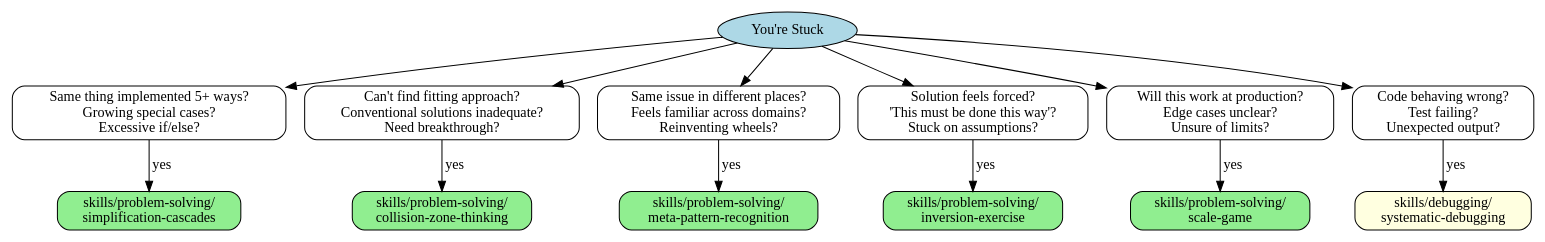
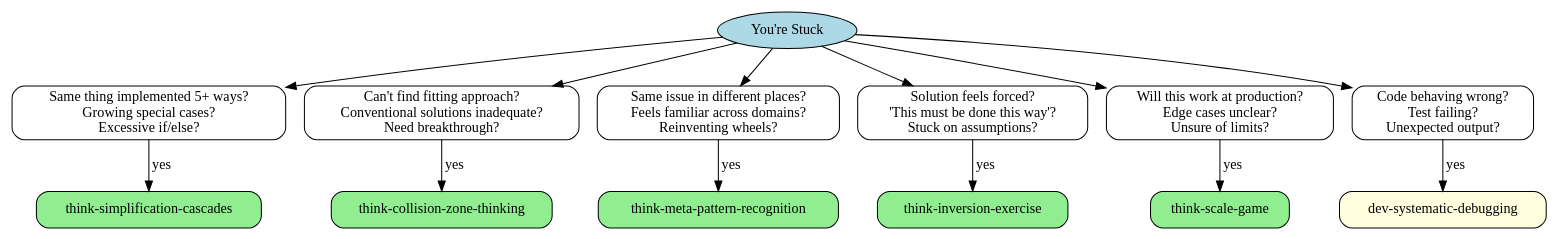
Before and after one commit to tkoenderink-prog/claude-code-dev-harness: the diagram in .claude/skills/think-when-stuck/SKILL.md, drawn with Graphviz. The commit also changed other lines of this file and 53 other files, not shown here.

````diff
--- a/.claude/skills/think-when-stuck/SKILL.md
+++ b/.claude/skills/think-when-stuck/SKILL.md
@@ -18,36 +18,36 @@
 ```dot
 digraph stuck_dispatch {
     rankdir=TB;
     node [shape=box, style=rounded];
 
     stuck [label="You're Stuck", shape=ellipse, style=filled, fillcolor=lightblue];
 
     complexity [label="Same thing implemented 5+ ways?\nGrowing special cases?\nExcessive if/else?"];
     innovation [label="Can't find fitting approach?\nConventional solutions inadequate?\nNeed breakthrough?"];
     patterns [label="Same issue in different places?\nFeels familiar across domains?\nReinventing wheels?"];
     assumptions [label="Solution feels forced?\n'This must be done this way'?\nStuck on assumptions?"];
     scale [label="Will this work at production?\nEdge cases unclear?\nUnsure of limits?"];
     bugs [label="Code behaving wrong?\nTest failing?\nUnexpected output?"];
 
     stuck -> complexity;
     stuck -> innovation;
     stuck -> patterns;
     stuck -> assumptions;
     stuck -> scale;
     stuck -> bugs;
 
     complexity -> simp [label="yes"];
     innovation -> collision [label="yes"];
     patterns -> meta [label="yes"];
     assumptions -> invert [label="yes"];
     scale -> scale_skill [label="yes"];
     bugs -> debug [label="yes"];
 
-    simp [label="skills/problem-solving/\nsimplification-cascades", shape=box, style="rounded,filled", fillcolor=lightgreen];
-    collision [label="skills/problem-solving/\ncollision-zone-thinking", shape=box, style="rounded,filled", fillcolor=lightgreen];
-    meta [label="skills/problem-solving/\nmeta-pattern-recognition", shape=box, style="rounded,filled", fillcolor=lightgreen];
-    invert [label="skills/problem-solving/\ninversion-exercise", shape=box, style="rounded,filled", fillcolor=lightgreen];
-    scale_skill [label="skills/problem-solving/\nscale-game", shape=box, style="rounded,filled", fillcolor=lightgreen];
-    debug [label="skills/debugging/\nsystematic-debugging", shape=box, style="rounded,filled", fillcolor=lightyellow];
+    simp [label="think-simplification-cascades", shape=box, style="rounded,filled", fillcolor=lightgreen];
+    collision [label="think-collision-zone-thinking", shape=box, style="rounded,filled", fillcolor=lightgreen];
+    meta [label="think-meta-pattern-recognition", shape=box, style="rounded,filled", fillcolor=lightgreen];
+    invert [label="think-inversion-exercise", shape=box, style="rounded,filled", fillcolor=lightgreen];
+    scale_skill [label="think-scale-game", shape=box, style="rounded,filled", fillcolor=lightgreen];
+    debug [label="dev-systematic-debugging", shape=box, style="rounded,filled", fillcolor=lightyellow];
 }
 ```
````
